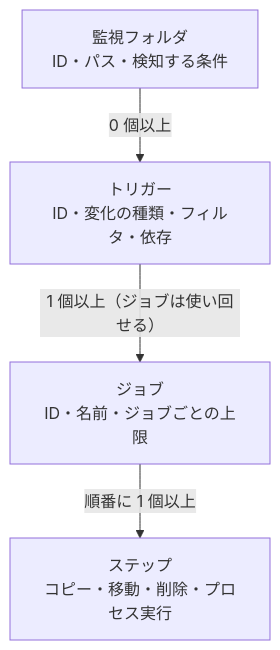
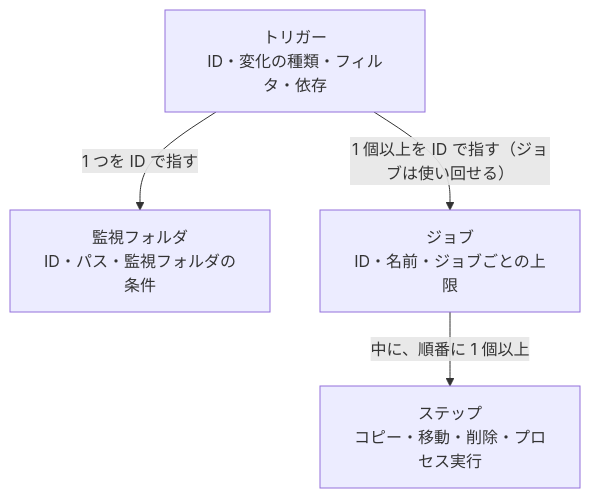
The third of 4 diagrams in docs/design.ja.md (capypara20/Foxonar), drawn with Mermaid before and after one commit. The commit also changed other lines of this file and 2 other files, not shown here.

````diff
--- a/docs/design.ja.md
+++ b/docs/design.ja.md
@@ -178,6 +181,6 @@
 ```mermaid
 flowchart TD
-  folder["監視フォルダ<br>ID・パス・検知する条件"] -->|"0 個以上"| trigger["トリガー<br>ID・変化の種類・フィルタ・依存"]
-  trigger -->|"1 個以上（ジョブは使い回せる）"| job["ジョブ<br>ID・名前・ジョブごとの上限"]
-  job -->|"順番に 1 個以上"| step["ステップ<br>コピー・移動・削除・プロセス実行"]
+  trigger["トリガー<br>ID・変化の種類・フィルタ・依存"] -->|"1 つを ID で指す"| folder["監視フォルダ<br>ID・パス・監視フォルダの条件"]
+  trigger -->|"1 個以上を ID で指す（ジョブは使い回せる）"| job["ジョブ<br>ID・名前・ジョブごとの上限"]
+  job -->|"中に、順番に 1 個以上"| step["ステップ<br>コピー・移動・削除・プロセス実行"]
 ```
````
